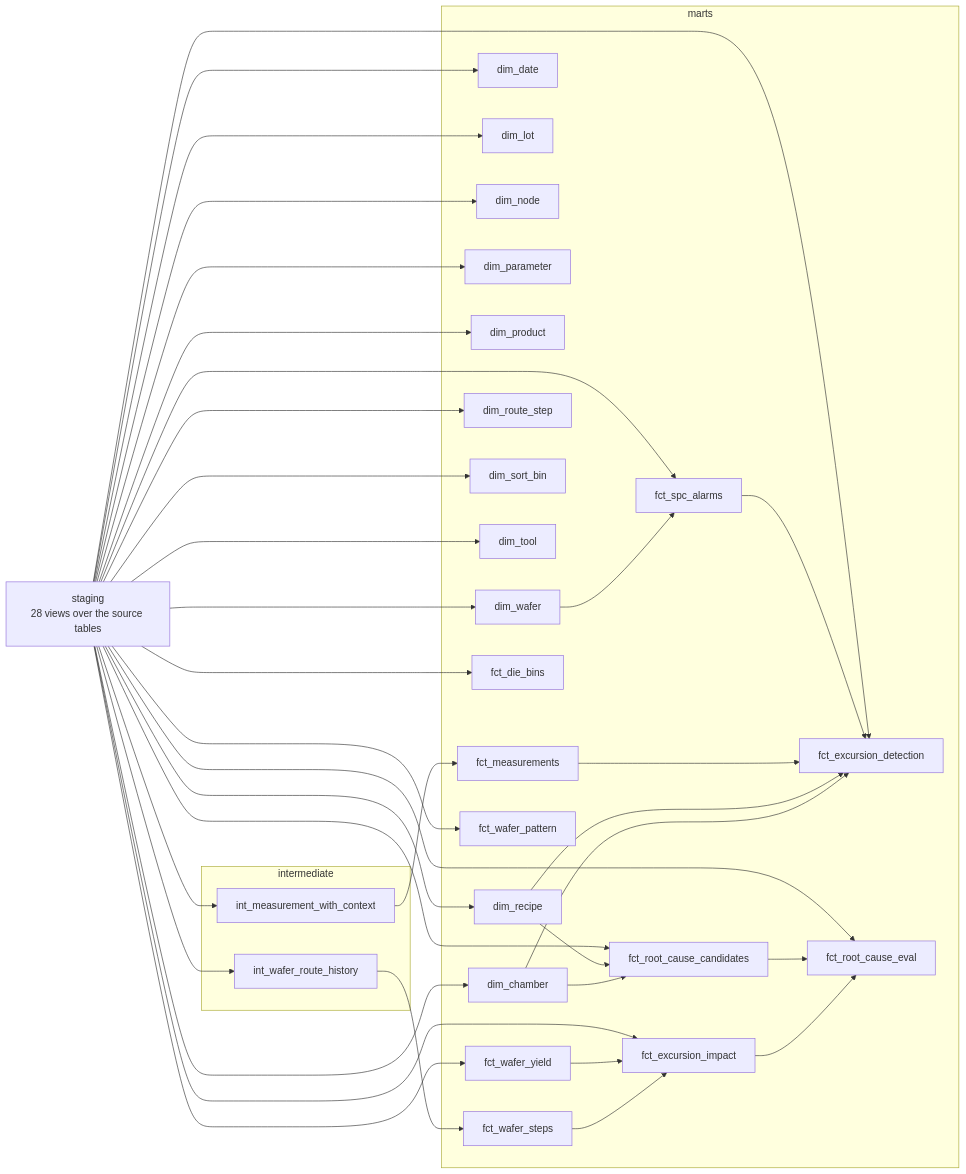
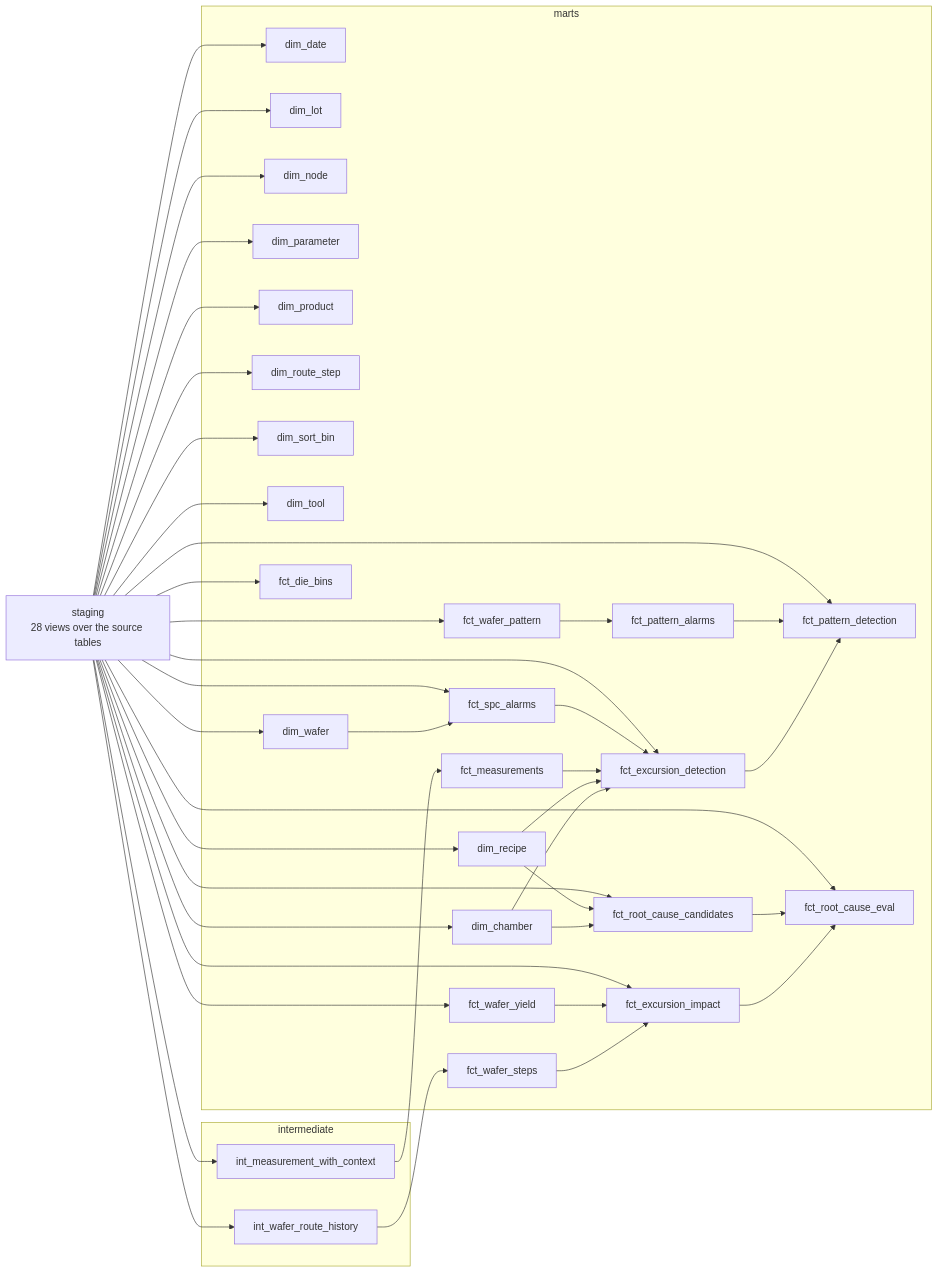
Before and after one commit to anson10/waferLens: the diagram in docs/dbt.md, drawn with Mermaid. The commit also changed other lines of this file and 33 other files, not shown here.

````diff
--- a/docs/dbt.md
+++ b/docs/dbt.md
@@ -12,65 +12,71 @@
 ```mermaid
 flowchart LR
     staging["staging<br/>28 views over the source tables"]
     subgraph intermediate_layer [intermediate]
         int_measurement_with_context
         int_wafer_route_history
     end
     subgraph marts_layer [marts]
         dim_chamber
         dim_date
         dim_lot
         dim_node
         dim_parameter
         dim_product
         dim_recipe
         dim_route_step
         dim_sort_bin
         dim_tool
         dim_wafer
         fct_die_bins
         fct_excursion_detection
         fct_excursion_impact
         fct_measurements
+        fct_pattern_alarms
+        fct_pattern_detection
         fct_root_cause_candidates
         fct_root_cause_eval
         fct_spc_alarms
         fct_wafer_pattern
         fct_wafer_steps
         fct_wafer_yield
     end
     dim_chamber --> fct_excursion_detection
     dim_chamber --> fct_root_cause_candidates
     dim_recipe --> fct_excursion_detection
     dim_recipe --> fct_root_cause_candidates
     dim_wafer --> fct_spc_alarms
+    fct_excursion_detection --> fct_pattern_detection
     fct_excursion_impact --> fct_root_cause_eval
     fct_measurements --> fct_excursion_detection
+    fct_pattern_alarms --> fct_pattern_detection
     fct_root_cause_candidates --> fct_root_cause_eval
     fct_spc_alarms --> fct_excursion_detection
+    fct_wafer_pattern --> fct_pattern_alarms
     fct_wafer_steps --> fct_excursion_impact
     fct_wafer_yield --> fct_excursion_impact
     int_measurement_with_context --> fct_measurements
     int_wafer_route_history --> fct_wafer_steps
     staging --> dim_chamber
     staging --> dim_date
     staging --> dim_lot
     staging --> dim_node
     staging --> dim_parameter
     staging --> dim_product
     staging --> dim_recipe
     staging --> dim_route_step
     staging --> dim_sort_bin
     staging --> dim_tool
     staging --> dim_wafer
     staging --> fct_die_bins
     staging --> fct_excursion_detection
     staging --> fct_excursion_impact
+    staging --> fct_pattern_detection
     staging --> fct_root_cause_candidates
     staging --> fct_root_cause_eval
     staging --> fct_spc_alarms
     staging --> fct_wafer_pattern
     staging --> fct_wafer_yield
     staging --> int_measurement_with_context
     staging --> int_wafer_route_history
 ```
````
